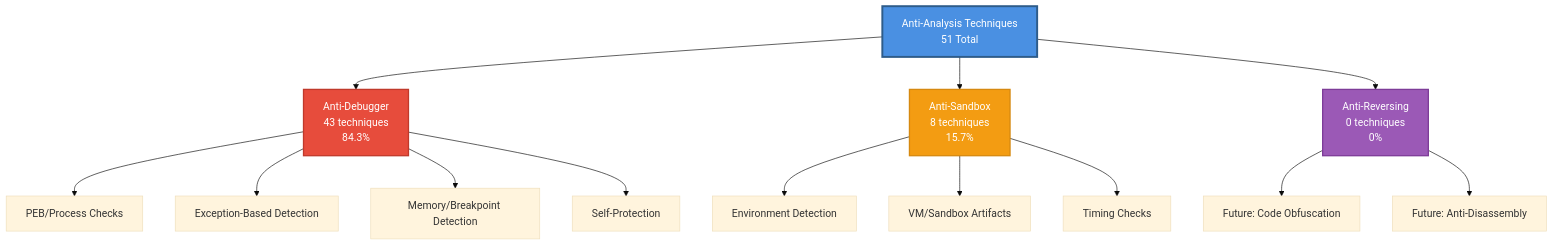
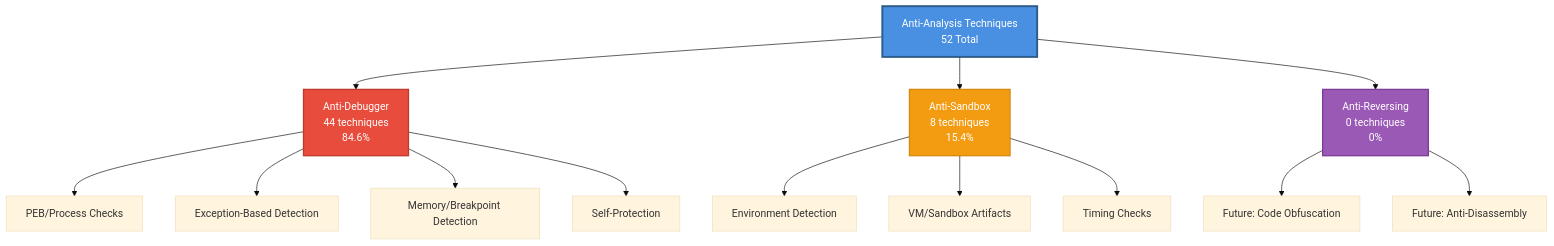
The diagram in README.md (mabj/anti), drawn with Mermaid (base theme) before and after one commit. The commit also changed other lines of this file and 3 other files, not shown here.

````diff
--- a/README.md
+++ b/README.md
@@ -69,23 +69,23 @@
 ```mermaid
 graph TB
-    A[Anti-Analysis Techniques<br/>51 Total] --> B[Anti-Debugger<br/>43 techniques<br/>84.3%]
-    A --> C[Anti-Sandbox<br/>8 techniques<br/>15.7%]
+    A[Anti-Analysis Techniques<br/>52 Total] --> B[Anti-Debugger<br/>44 techniques<br/>84.6%]
+    A --> C[Anti-Sandbox<br/>8 techniques<br/>15.4%]
     A --> D[Anti-Reversing<br/>0 techniques<br/>0%]
 
     B --> B1[PEB/Process Checks]
     B --> B2[Exception-Based Detection]
     B --> B3[Memory/Breakpoint Detection]
     B --> B4[Self-Protection]
 
     C --> C1[Environment Detection]
     C --> C2[VM/Sandbox Artifacts]
     C --> C3[Timing Checks]
 
     D --> D1[Future: Code Obfuscation]
     D --> D2[Future: Anti-Disassembly]
 
     style A fill:#4A90E2,stroke:#2E5C8A,stroke-width:3px,color:#fff
     style B fill:#E74C3C,stroke:#C0392B,stroke-width:2px,color:#fff
     style C fill:#F39C12,stroke:#D68910,stroke-width:2px,color:#fff
     style D fill:#9B59B6,stroke:#7D3C98,stroke-width:2px,color:#fff
 ```
````
